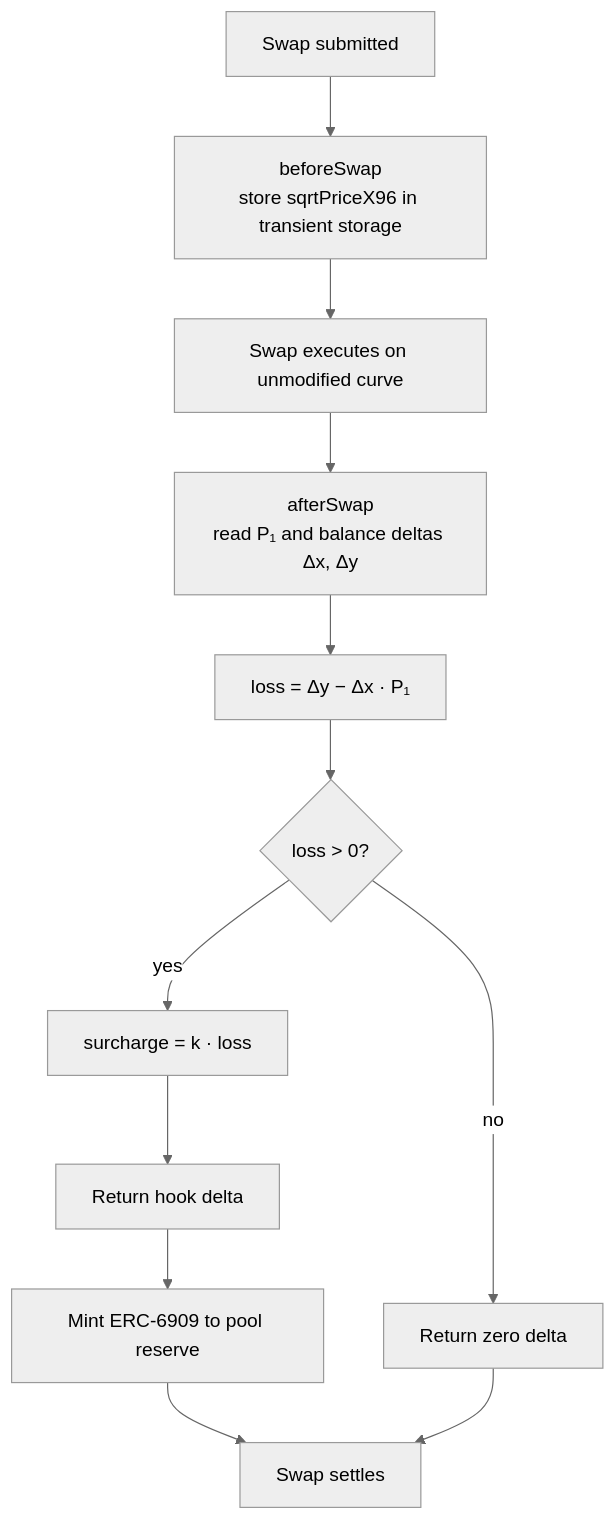
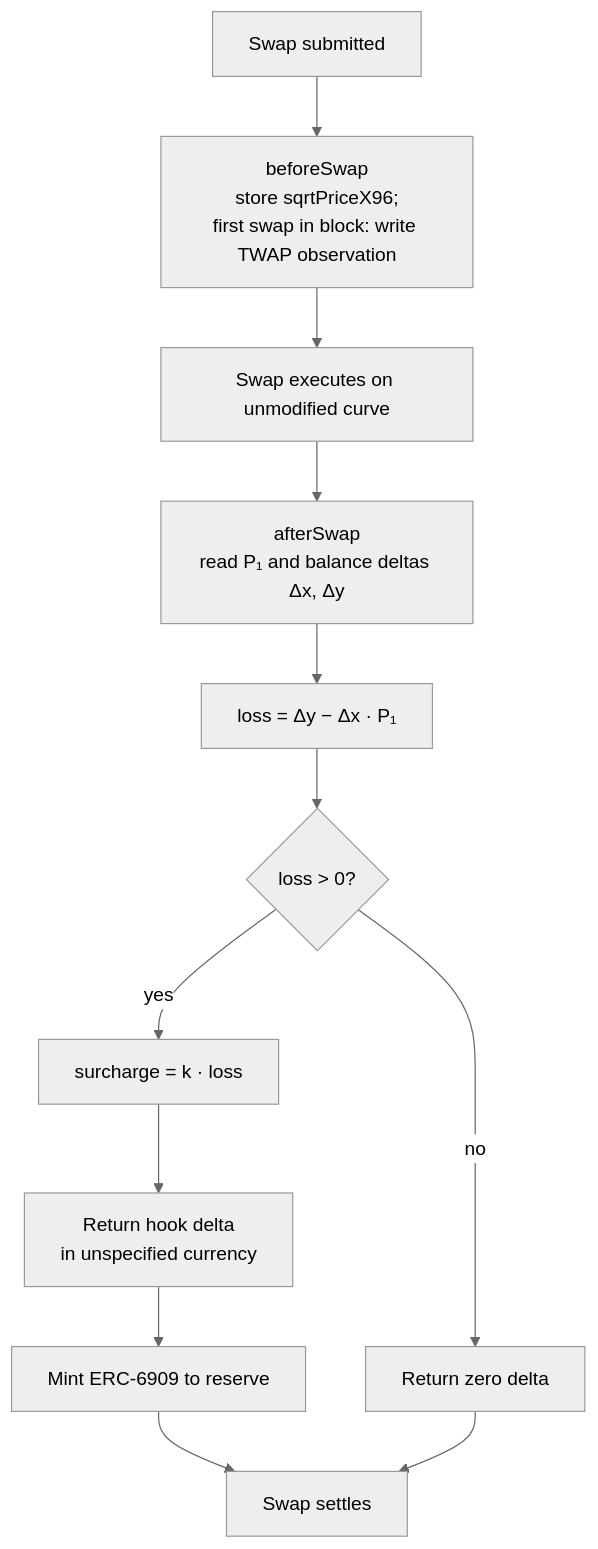
Before and after one commit to eabz/ballast: the first of 3 diagrams in docs/03-hook-lifecycle.md, drawn with Mermaid (neutral theme). The commit also changed other lines of this file and 87 other files, not shown here.

````diff
--- a/docs/03-hook-lifecycle.md
+++ b/docs/03-hook-lifecycle.md
@@ -23,14 +25,14 @@
 ```mermaid
 flowchart TD
-    A[Swap submitted] --> B["beforeSwap<br/>store sqrtPriceX96 in transient storage"]
+    A[Swap submitted] --> B["beforeSwap<br/>store sqrtPriceX96;<br/>first swap in block: write TWAP observation"]
     B --> C["Swap executes on unmodified curve"]
     C --> D["afterSwap<br/>read P₁ and balance deltas Δx, Δy"]
     D --> E["loss = Δy − Δx · P₁"]
     E --> F{loss > 0?}
     F -- no --> G[Return zero delta]
     F -- yes --> H["surcharge = k · loss"]
-    H --> I["Return hook delta"]
-    I --> J["Mint ERC-6909 to pool reserve"]
+    H --> I["Return hook delta<br/>in unspecified currency"]
+    I --> J["Mint ERC-6909 to reserve"]
     J --> K[Swap settles]
     G --> K
 ```
````
